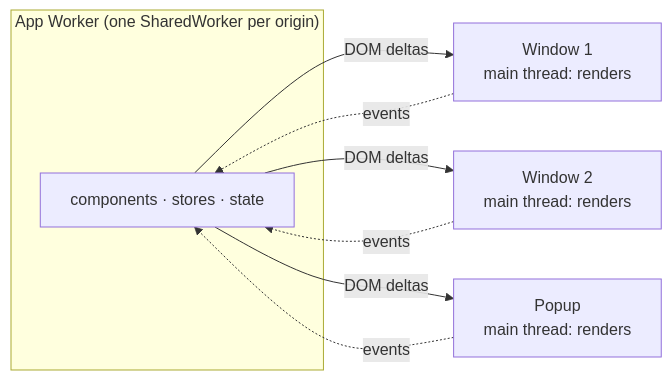
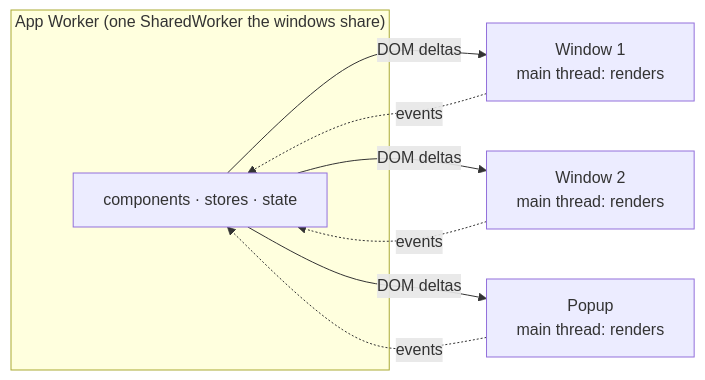
One commit to neomjs/neo changed the first of 2 diagrams in learn/blog/a-workspace-that-can-leave-its-window.md. Above: the diagram before and after it, drawn with Mermaid. The commit also changed other lines of this file, not shown here.

First line of the commit message:
docs(blog): the multi-window post frames instances and per-window documents (#9854)

````diff
--- a/learn/blog/a-workspace-that-can-leave-its-window.md
+++ b/learn/blog/a-workspace-that-can-leave-its-window.md
@@ -21,15 +23,15 @@
 ```mermaid
 flowchart LR
-    subgraph app["App Worker (one SharedWorker per origin)"]
+    subgraph app["App Worker (one SharedWorker the windows share)"]
         state["components · stores · state"]
     end
     w1["Window 1<br/>main thread: renders"]
     w2["Window 2<br/>main thread: renders"]
     w3["Popup<br/>main thread: renders"]
     state -- "DOM deltas" --> w1
     state -- "DOM deltas" --> w2
     state -- "DOM deltas" --> w3
     w1 -. "events" .-> state
     w2 -. "events" .-> state
     w3 -. "events" .-> state
 ```
````
